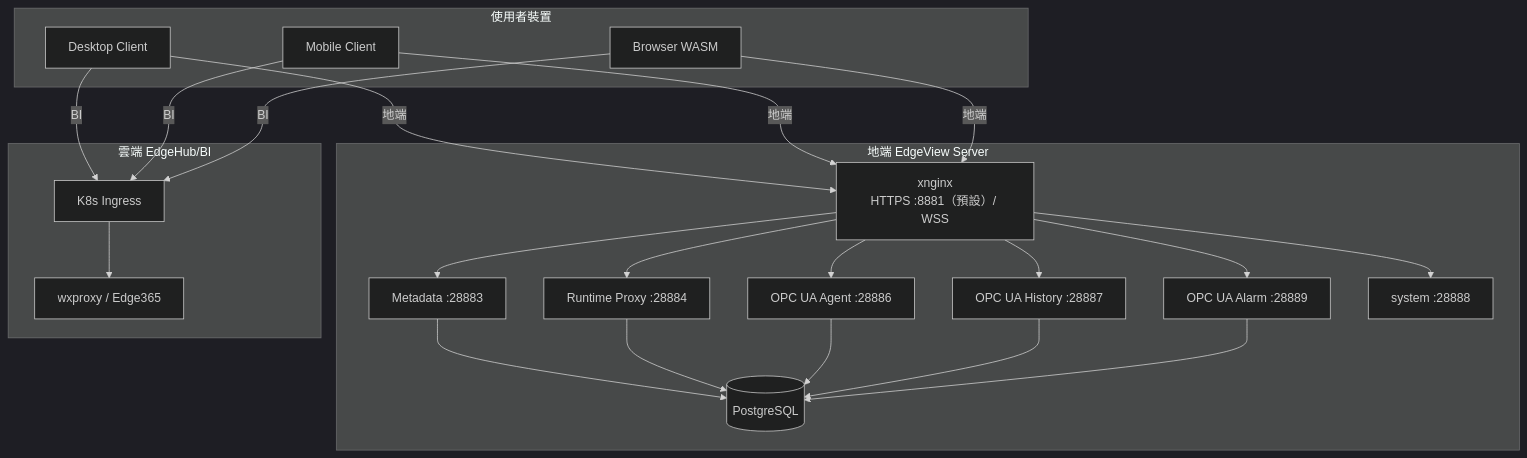
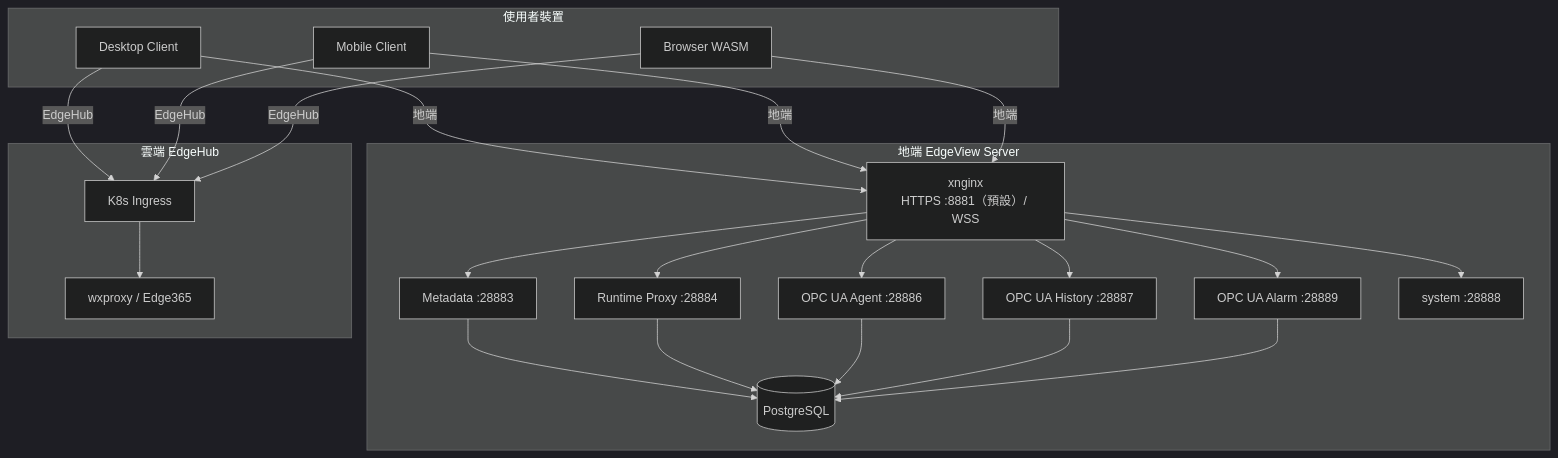
One commit to PochengChen-del/EdgeViewDoc changed the fourth of 8 diagrams in SDS/02_System_Architecture.md. Above: the diagram before and after it, drawn with Mermaid (dark theme). The commit also changed other lines of this file and 16 other files, not shown here.

Commit message:
文件中 BI 產品名更改為 EdgeHub

````diff
--- a/SDS/02_System_Architecture.md
+++ b/SDS/02_System_Architecture.md
@@ -184,44 +184,44 @@
 ```mermaid
 flowchart TB
     subgraph Devices["使用者裝置"]
         C1[Desktop Client]
         C2[Mobile Client]
         C3[Browser WASM]
     end
 
     subgraph Local["地端 EdgeView Server"]
         NG[xnginx<br/>HTTPS :8881（預設）/ WSS]
         META[Metadata :28883]
         PROXY[Runtime Proxy :28884]
         AGENT[OPC UA Agent :28886]
         HIST[OPC UA History :28887]
         ALARM[OPC UA Alarm :28889]
         SYS[system :28888]
         PG[(PostgreSQL)]
     end
 
-    subgraph Cloud["雲端 EdgeHub/BI"]
+    subgraph Cloud["雲端 EdgeHub"]
         ING[K8s Ingress]
         EH[wxproxy / Edge365]
     end
 
     C1 -->|地端| NG
     C2 -->|地端| NG
     C3 -->|地端| NG
-    C1 -->|BI| ING
-    C2 -->|BI| ING
-    C3 -->|BI| ING
+    C1 -->|EdgeHub| ING
+    C2 -->|EdgeHub| ING
+    C3 -->|EdgeHub| ING
     ING --> EH
 
     NG --> META
     NG --> PROXY
     NG --> AGENT
     NG --> HIST
     NG --> ALARM
     NG --> SYS
     META --> PG
     PROXY --> PG
     AGENT --> PG
     HIST --> PG
     ALARM --> PG
 ```
````
